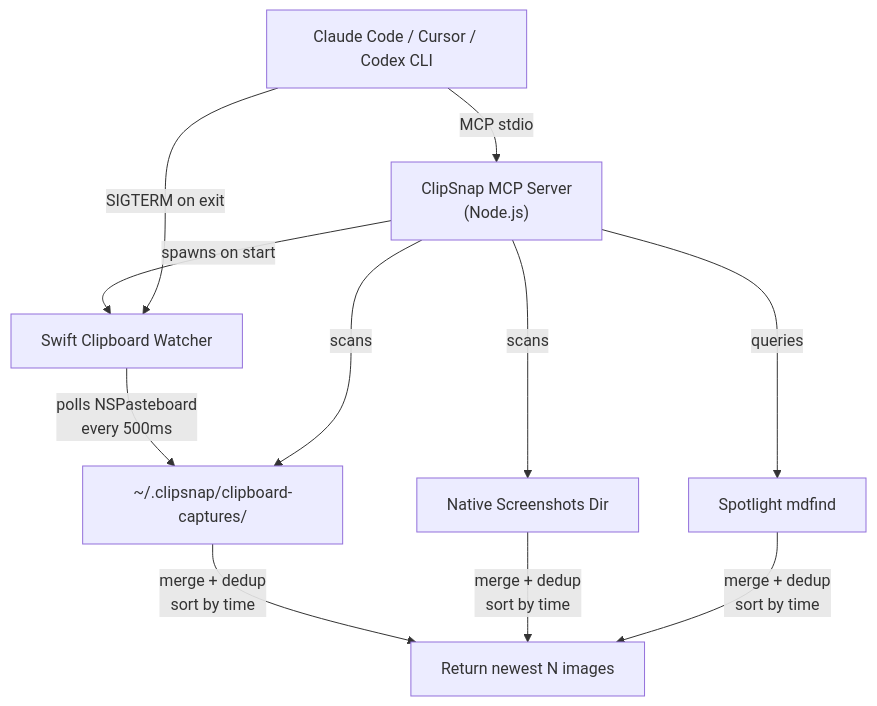
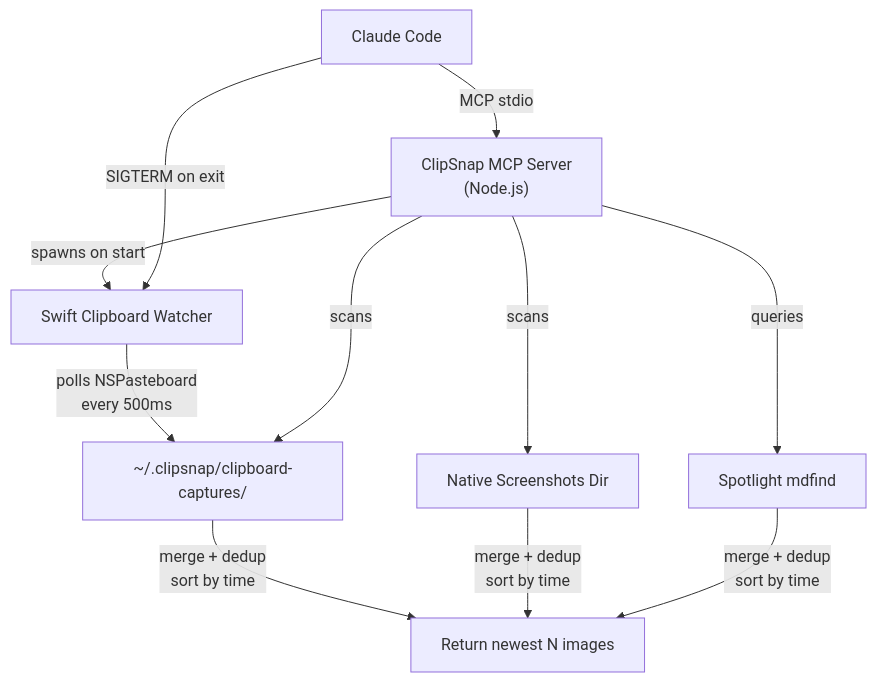
The diagram in README.md (zelentsov-dev/clipsnap-mcp), drawn with Mermaid before and after one commit. The commit also changed other lines of this file, not shown here.

````diff
--- a/README.md
+++ b/README.md
@@ -167,11 +145,11 @@
 ```mermaid
 graph TD
-    A["Claude Code / Cursor / Codex CLI"] -->|MCP stdio| B["ClipSnap MCP Server<br/>(Node.js)"]
+    A["Claude Code"] -->|MCP stdio| B["ClipSnap MCP Server<br/>(Node.js)"]
     B -->|spawns on start| C["Swift Clipboard Watcher"]
     C -->|polls NSPasteboard<br/>every 500ms| D["~/.clipsnap/clipboard-captures/"]
     B -->|scans| D
     B -->|scans| E["Native Screenshots Dir"]
     B -->|queries| F["Spotlight mdfind"]
     D & E & F -->|merge + dedup<br/>sort by time| G["Return newest N images"]
     A -->|SIGTERM on exit| C
 ```
````
